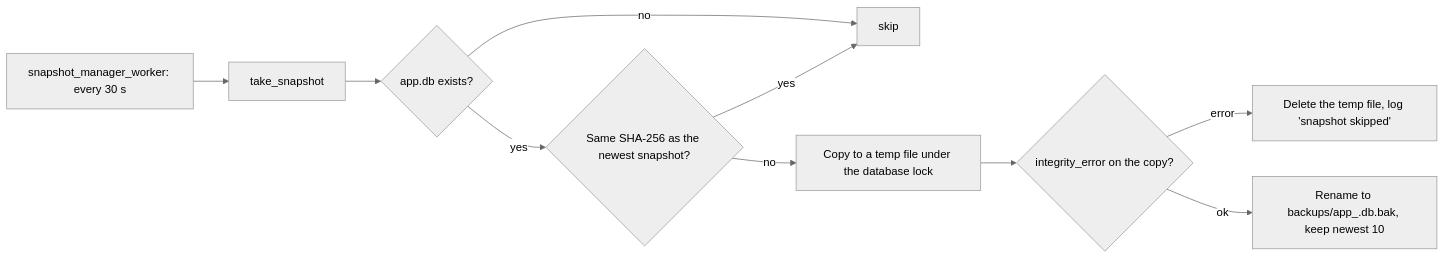
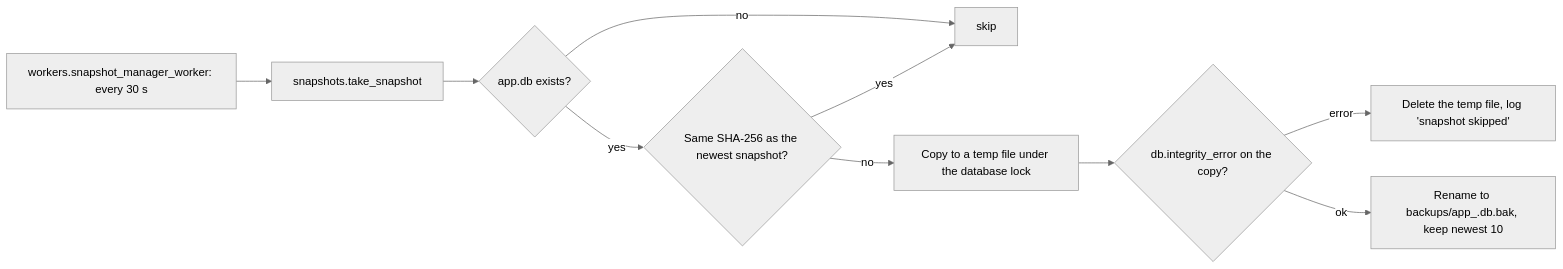
Before and after one commit to vishnuatgit/DeepBell: diagram 11 of 11 in docs/process-flows.md, drawn with Mermaid (neutral theme). The commit also changed other lines of this file and 37 other files, not shown here.

````diff
--- a/docs/process-flows.md
+++ b/docs/process-flows.md
@@ -331,12 +331,12 @@
 ```mermaid
 flowchart LR
-    T[snapshot_manager_worker: every 30 s] --> S[take_snapshot]
+    T[workers.snapshot_manager_worker: every 30 s] --> S[snapshots.take_snapshot]
     S --> X{app.db exists?}
     X -- no --> Q[skip]
     X -- yes --> H{Same SHA-256 as the newest snapshot?}
     H -- yes --> Q
     H -- no --> C[Copy to a temp file under the database lock]
-    C --> I{integrity_error on the copy?}
+    C --> I{db.integrity_error on the copy?}
     I -- error --> D[Delete the temp file, log 'snapshot skipped']
     I -- ok --> R["Rename to backups/app_<UTC>.db.bak, keep newest 10"]
 ```
````
